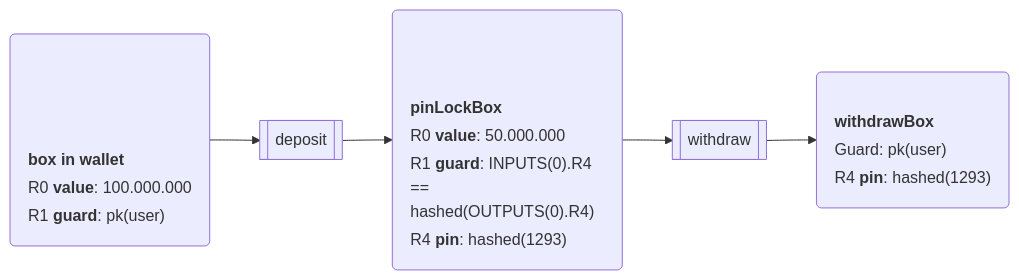
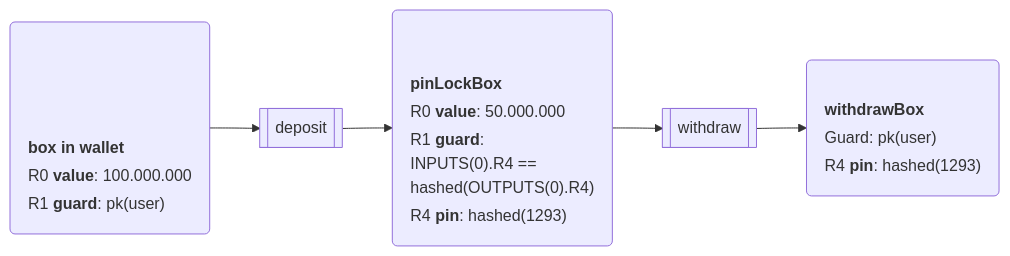
Before and after one commit to RalfWeiss/ergo-course-summary: the diagram in ergoscript/example-contracts/pinLockContract.md, drawn with Mermaid.

Commit message:
pinLockBox modified

````diff
--- a/ergoscript/example-contracts/pinLockContract.md
+++ b/ergoscript/example-contracts/pinLockContract.md
@@ -30,34 +30,33 @@
 ```mermaid
 flowchart LR
 
   %% adjust margin-top: lines = 5; margin-top -12ex --> (lines-1) * 3 ex
-  wallet("<table style='text-align:left; margin-top: 0; margin-bottom: 0;' > 
+  wallet("<table style='text-align:left; margin-top: -9; margin-bottom: 0;' > 
     <tr><th '><b>box in wallet</b></th></tr> 
     <tr><td >R0 <b>value</b>: 100.000.000</td></tr>     
     <tr><td >R1 <b>guard</b>: pk(user)</td></tr> 
     </table>  ")
 
   %% adjust margin-top: lines = 5; margin-top -12ex --> (lines-1) * 3 ex
   pinLockBox("<table style='text-align:left; margin-top: -9ex; margin-bottom: 0;' > 
     <tr><th '><b>pinLockBox</b></th></tr> 
     <tr><td >R0 <b>value</b>: 50.000.000</td></tr> 
-    <tr><td >R1 <b>guard</b>: INPUTS(0).R4 == <br/>hashed(OUTPUTS(0).R4)</td></tr> 
+    <tr><td >R1 <b>guard</b>: <br/>INPUTS(0).R4 == <br/>hashed(OUTPUTS(0).R4)</td></tr> 
     <tr><td >R4 <b>pin</b>: hashed(1293)</td></tr>     
-
     </table>  ")
 
   %% adjust margin-top: lines = 5; margin-top -12ex --> (lines-1) * 3 ex
   withdrawBox("<table style='text-align:left; margin-top: -9ex; margin-bottom: 0;' > 
     <tr><th '><b>withdrawBox</b></th></tr> 
     <tr><td >Guard: pk(user)</td></tr> 
     <tr><td >R4 <b>pin</b>: hashed(1293)</td></tr>
     </table>  ")
 
 
   TDeposit[["deposit"]]
   TWithdraw[["withdraw"]]
 
 
   wallet --> TDeposit --> pinLockBox --> TWithdraw --> withdrawBox
 
 ```
````
